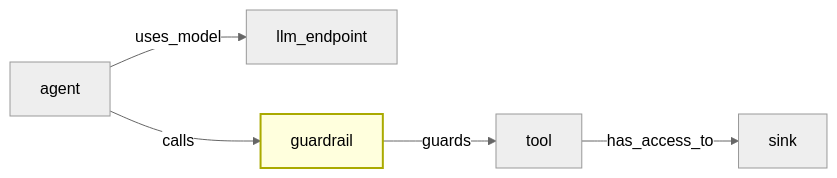
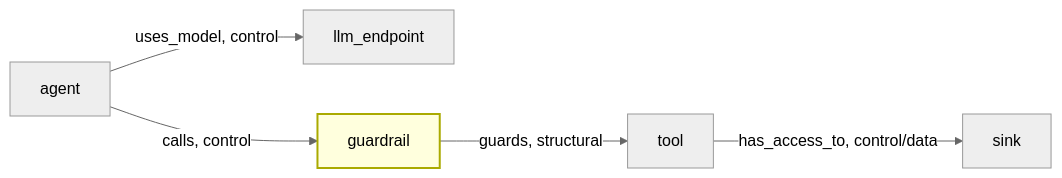
One commit to Malinowiy/AICorellator changed the diagram in Documentation/ADR/ADR_007.md. Above: the diagram before and after it, drawn with Mermaid (neutral theme). The commit also changed other lines of this file and 8 other files, not shown here.

First line of the commit message:
docs: ADR-0015 control flow vs data flow

````diff
--- a/Documentation/ADR/ADR_007.md
+++ b/Documentation/ADR/ADR_007.md
@@ -78,9 +81,9 @@
 ```mermaid
 flowchart LR
-    AG[agent] -->|uses_model| LLM[llm_endpoint]
-    AG -->|calls| GR[guardrail]
-    GR -->|guards| TOOL[tool]
-    TOOL -->|has_access_to| SINK[sink]
+    AG[agent] -->|uses_model, control| LLM[llm_endpoint]
+    AG -->|calls, control| GR[guardrail]
+    GR -->|guards, structural| TOOL[tool]
+    TOOL -->|has_access_to, control/data| SINK[sink]
 
     style GR fill:#ffd,stroke:#aa0,stroke-width:2px
 ```
````
